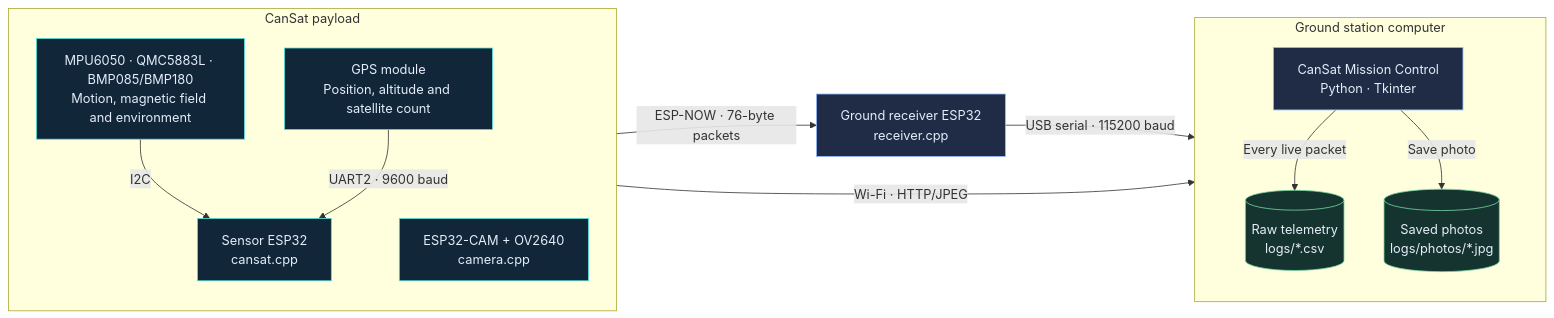
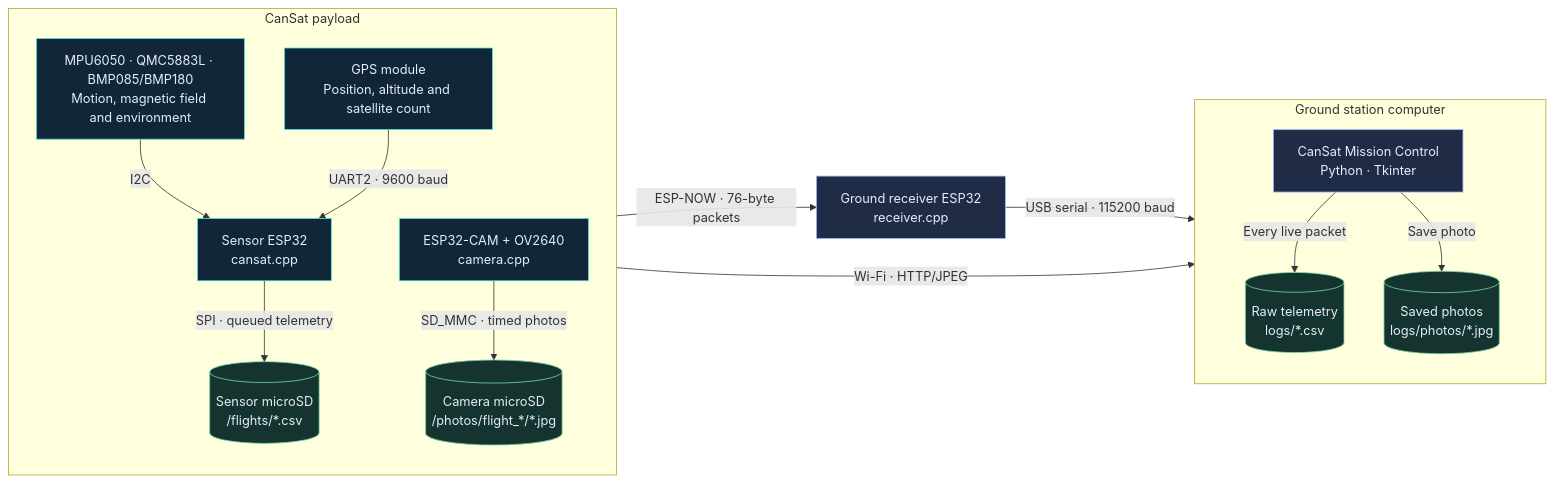
The diagram in README.md (romanfarooq/CanSat-Mission-Control), drawn with Mermaid before and after one commit. The commit also changed other lines of this file and 17 other files, not shown here.

````diff
--- a/README.md
+++ b/README.md
@@ -66,37 +67,41 @@
 ```mermaid
 flowchart LR
     subgraph payload["CanSat payload"]
         direction TB
         sensors["MPU6050 · QMC5883L · BMP085/BMP180<br/>Motion, magnetic field and environment"]
         gps["GPS module<br/>Position, altitude and satellite count"]
         transmitter["Sensor ESP32<br/>cansat.cpp"]
         camera["ESP32-CAM + OV2640<br/>camera.cpp"]
+        sensorSd[("Sensor microSD<br/>/flights/*.csv")]
+        cameraSd[("Camera microSD<br/>/photos/flight_*/*.jpg")]
 
         sensors -->|I2C| transmitter
         gps -->|UART2 · 9600 baud| transmitter
+        transmitter -->|SPI · queued telemetry| sensorSd
+        camera -->|SD_MMC · timed photos| cameraSd
     end
 
     receiver["Ground receiver ESP32<br/>receiver.cpp"]
 
     subgraph computer["Ground station computer"]
         direction TB
         gui["CanSat Mission Control<br/>Python · Tkinter"]
         csv[("Raw telemetry<br/>logs/*.csv")]
         photos[("Saved photos<br/>logs/photos/*.jpg")]
 
         gui -->|Every live packet| csv
         gui -->|Save photo| photos
     end
 
     transmitter -->|ESP-NOW · 76-byte packets| receiver
     receiver -->|USB serial · 115200 baud| gui
     camera -->|Wi-Fi · HTTP/JPEG| gui
 
     classDef hardware fill:#12263a,stroke:#55e2dc,color:#e4edf9
     classDef station fill:#202c46,stroke:#91b7ff,color:#e4edf9
     classDef storage fill:#16342f,stroke:#75d6a3,color:#e4edf9
 
     class sensors,gps,transmitter,camera hardware
     class receiver,gui station
-    class csv,photos storage
+    class csv,photos,sensorSd,cameraSd storage
 ```
````
